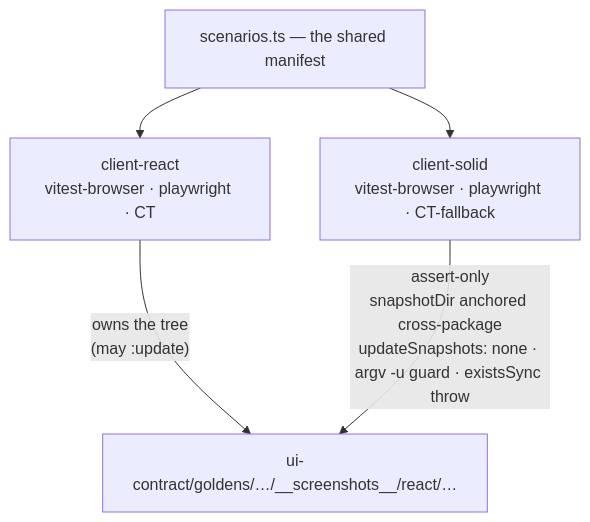
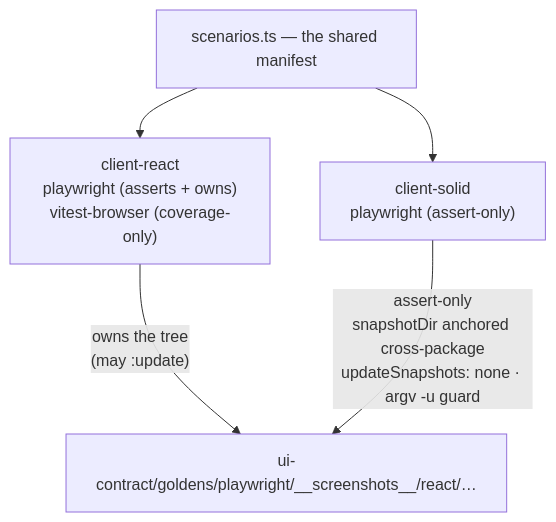
Before and after one commit to bettersoftware-io/ReactiveTraderCloudClone: the third of 4 diagrams in docs/architecture/21-cross-framework-testing.md, drawn with Mermaid. The commit also changed other lines of this file and 5358 other files, not shown here.

First line of the commit message:
refactor(visual)!: retire playwright-ct + vitest-browser assert tiers — Tier 2 is the visual contract

````diff
--- a/docs/architecture/21-cross-framework-testing.md
+++ b/docs/architecture/21-cross-framework-testing.md
@@ -271,8 +264,8 @@
 ```mermaid
 flowchart TB
     SCEN["scenarios.ts — the shared manifest"]
-    SCEN --> R["client-react<br/>vitest-browser · playwright · CT"]
-    SCEN --> S["client-solid<br/>vitest-browser · playwright · CT-fallback"]
-    R -- "owns the tree<br/>(may :update)" --> G["ui-contract/goldens/…/__screenshots__/react/…"]
-    S -- "assert-only<br/>snapshotDir anchored cross-package<br/>updateSnapshots: none · argv -u guard · existsSync throw" --> G
+    SCEN --> R["client-react<br/>playwright (asserts + owns)<br/>vitest-browser (coverage-only)"]
+    SCEN --> S["client-solid<br/>playwright (assert-only)"]
+    R -- "owns the tree<br/>(may :update)" --> G["ui-contract/goldens/playwright/__screenshots__/react/…"]
+    S -- "assert-only<br/>snapshotDir anchored cross-package<br/>updateSnapshots: none · argv -u guard" --> G
 ```
````
